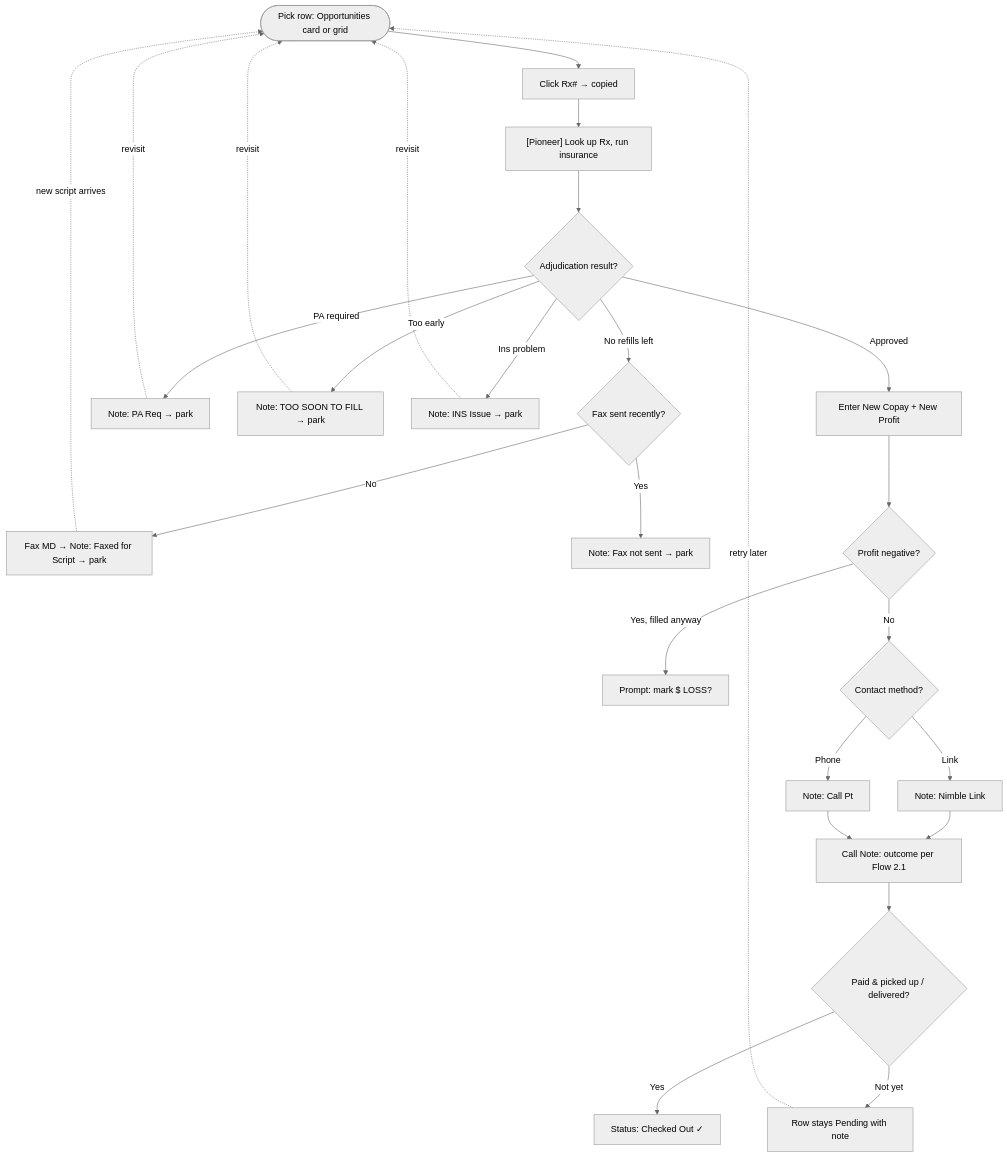
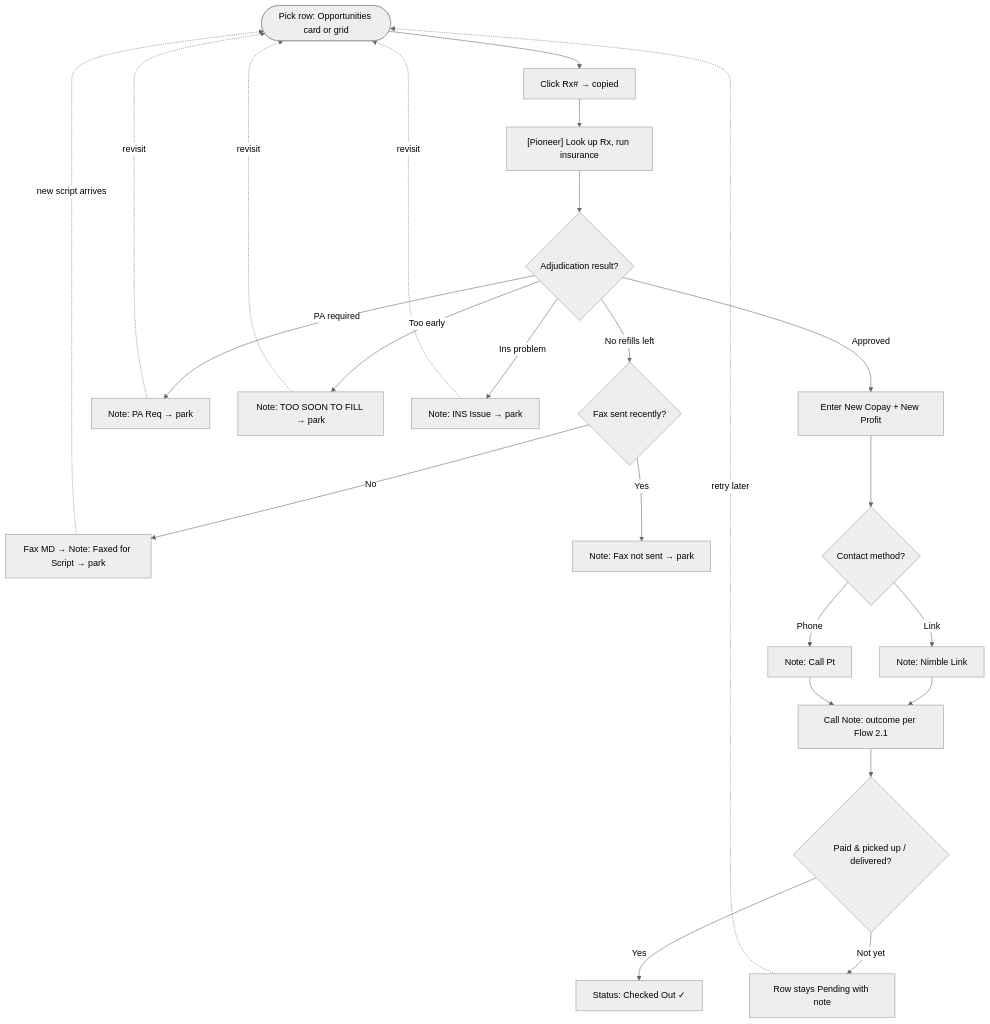
One commit to Mario-Recondo/Pharmacy-Refill-Opportunity-Tracker changed the first of 2 diagrams in Design_docs/user_flows.md. Above: the diagram before and after it, drawn with Mermaid (neutral theme). The commit also changed other lines of this file and 16 other files, not shown here.

````diff
--- a/Design_docs/user_flows.md
+++ b/Design_docs/user_flows.md
@@ -74,28 +74,26 @@
 ```mermaid
 flowchart TD
     START([Pick row: Opportunities card or grid]) --> COPY[Click Rx# → copied]
     COPY --> PIONEER["[Pioneer] Look up Rx, run insurance"]
     PIONEER --> ADJ{Adjudication result?}
     ADJ -->|Approved| ENTER[Enter New Copay + New Profit]
     ADJ -->|PA required| PA[Note: PA Req → park]
     ADJ -->|Too early| SOON[Note: TOO SOON TO FILL → park]
     ADJ -->|Ins problem| INS[Note: INS Issue → park]
     ADJ -->|No refills left| FAXQ{Fax sent recently?}
     FAXQ -->|No| FAX[Fax MD → Note: Faxed for Script → park]
     FAXQ -->|Yes| NOFAX[Note: Fax not sent → park]
-    ENTER --> NEG{Profit negative?}
-    NEG -->|Yes, filled anyway| LOSS[Prompt: mark $ LOSS?]
-    NEG -->|No| CONTACT{Contact method?}
+    ENTER --> CONTACT{Contact method?}
     CONTACT -->|Link| NIMBLE[Note: Nimble Link]
     CONTACT -->|Phone| CALLPT[Note: Call Pt]
     NIMBLE --> OUTCOME[Call Note: outcome per Flow 2.1]
     CALLPT --> OUTCOME
     OUTCOME --> PAID{Paid & picked up / delivered?}
     PAID -->|Yes| DONE[Status: Checked Out ✓]
     PAID -->|Not yet| PARK[Row stays Pending with note]
     PARK -.->|retry later| START
     PA -.->|revisit| START
     SOON -.->|revisit| START
     INS -.->|revisit| START
     FAX -.->|new script arrives| START
 ```
````
